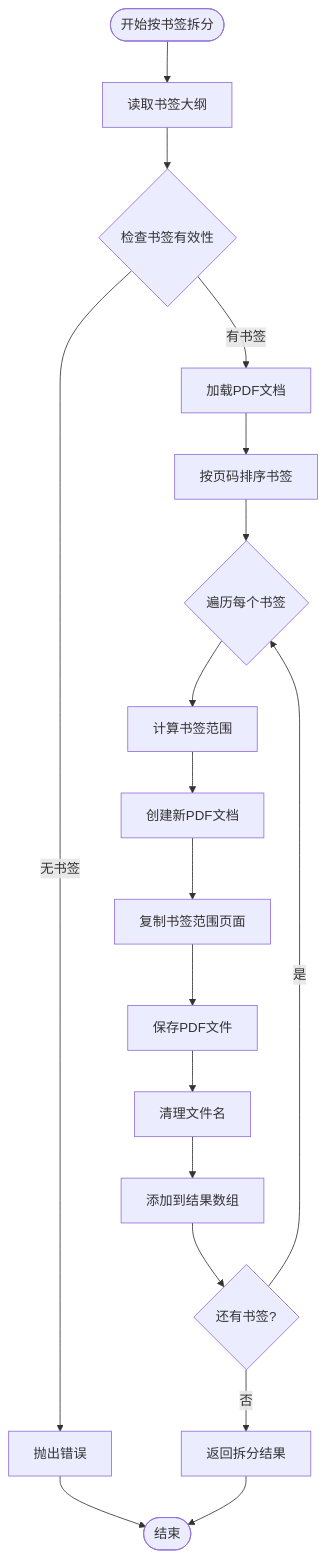
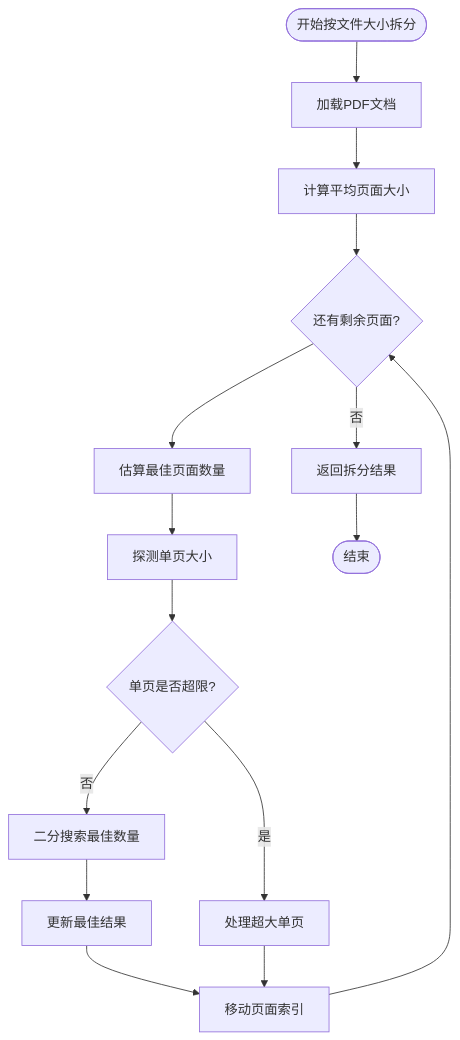
The sixth of 7 diagrams in .qoder/repowiki/zh/content/PDF工具/PDF拆分工具.md (sgyy/privadeck), drawn with Mermaid before and after one commit. The commit also changed other lines of this file and 48 other files, not shown here.

````diff
--- a/.qoder/repowiki/zh/content/PDF工具/PDF拆分工具.md
+++ b/.qoder/repowiki/zh/content/PDF工具/PDF拆分工具.md
@@ -402,20 +362,17 @@
 ```mermaid
 flowchart TD
-Start([开始按书签拆分]) --> ReadOutline[读取书签大纲]
-ReadOutline --> ValidateOutline{检查书签有效性}
-ValidateOutline --> |无书签| Error[抛出错误]
-ValidateOutline --> |有书签| LoadPdf[加载PDF文档]
-LoadPdf --> SortSections[按页码排序书签]
-SortSections --> ProcessSections{遍历每个书签}
-ProcessSections --> CalcRange[计算书签范围]
-CalcRange --> CreatePdf[创建新PDF文档]
-CreatePdf --> CopyPages[复制书签范围页面]
-CopyPages --> SavePdf[保存PDF文件]
-SavePdf --> SanitizeName[清理文件名]
-SanitizeName --> AddResult[添加到结果数组]
-AddResult --> NextSection{还有书签?}
-NextSection --> |是| ProcessSections
-NextSection --> |否| ReturnResults[返回拆分结果]
-Error --> End([结束])
-ReturnResults --> End
+Start([开始按文件大小拆分]) --> LoadPdf[加载PDF文档]
+LoadPdf --> CalcAvg[计算平均页面大小]
+CalcAvg --> WhileLoop{还有剩余页面?}
+WhileLoop --> GuessSize[估算最佳页面数量]
+GuessSize --> ProbeSingle[探测单页大小]
+ProbeSingle --> CheckSingle{单页是否超限?}
+CheckSingle --> |是| HandleSingle[处理超大单页]
+CheckSingle --> |否| BinarySearch[二分搜索最佳数量]
+BinarySearch --> UpdateBest[更新最佳结果]
+UpdateBest --> MoveIndex[移动页面索引]
+MoveIndex --> WhileLoop
+HandleSingle --> MoveIndex
+WhileLoop --> |否| ReturnResults[返回拆分结果]
+ReturnResults --> End([结束])
 ```
````
